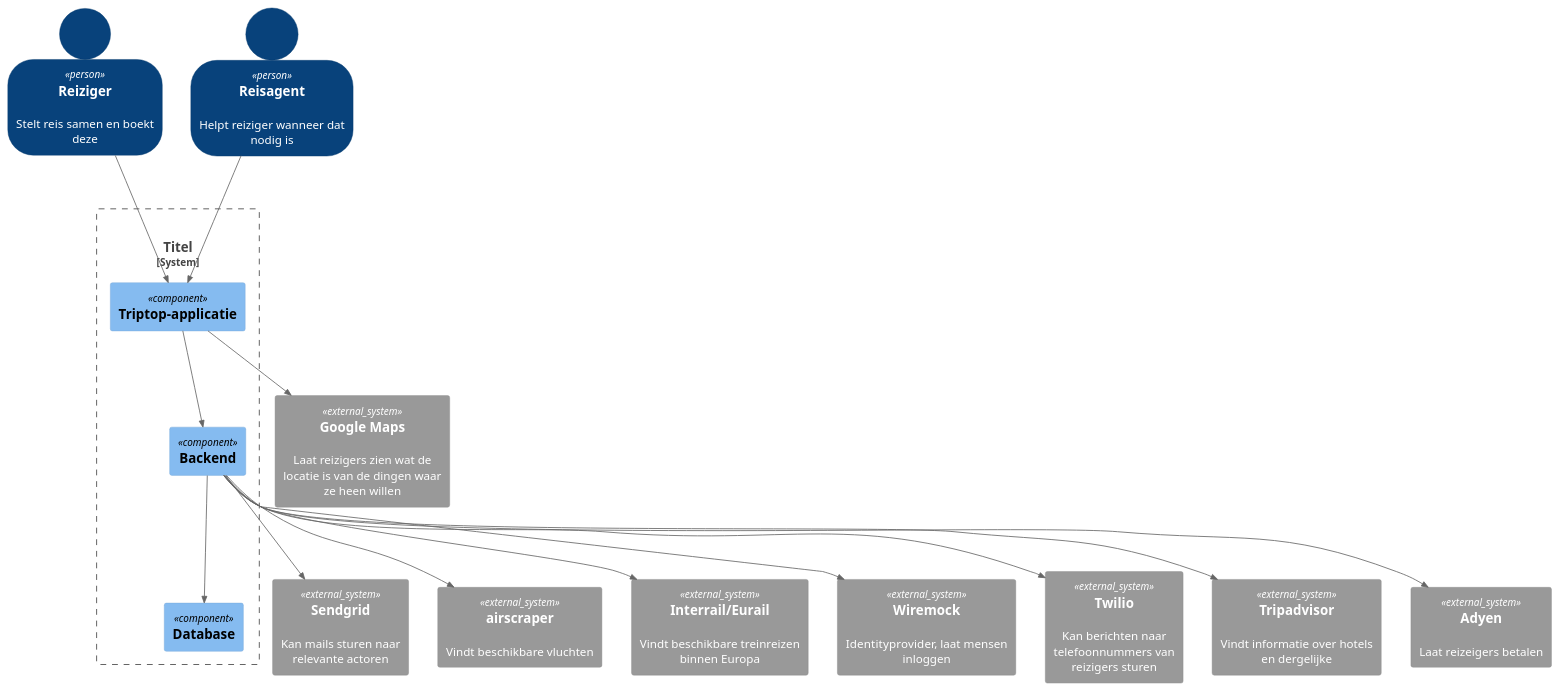
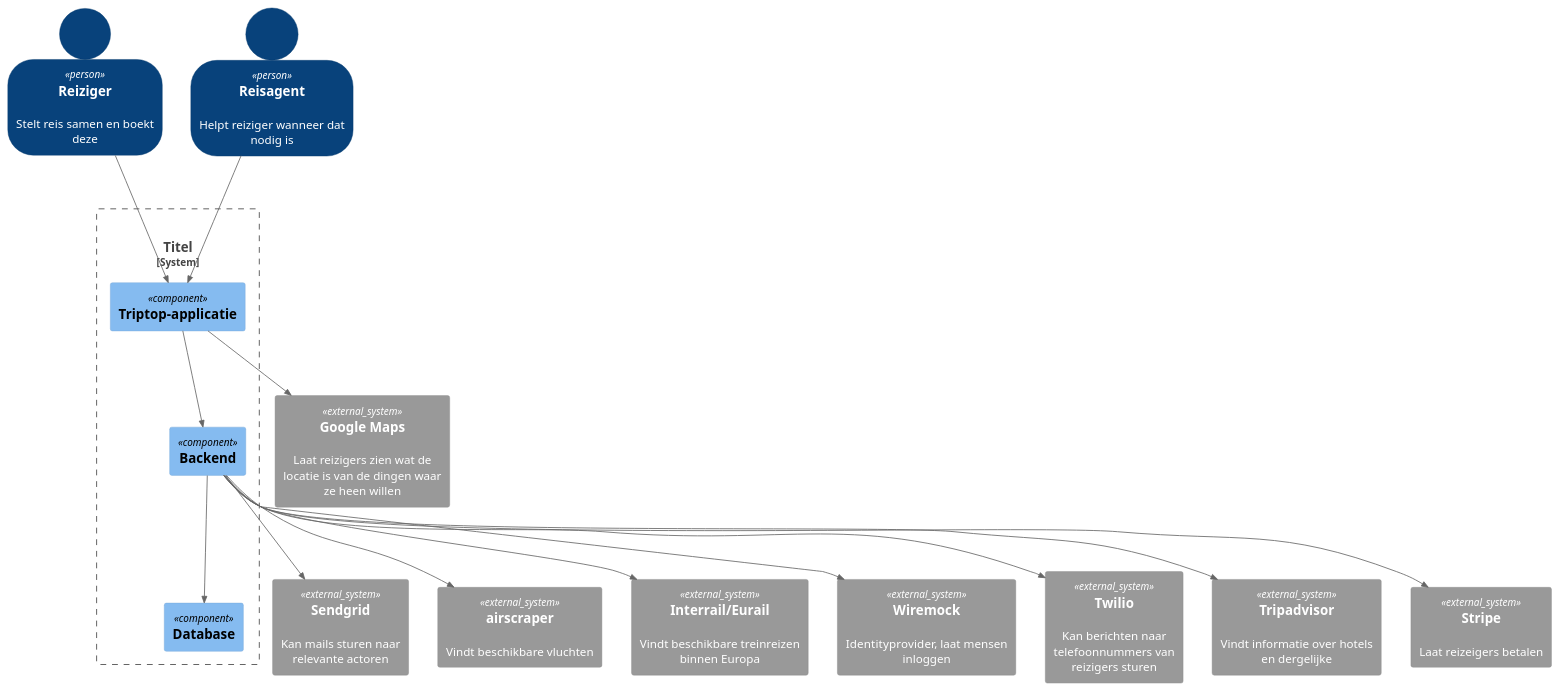
The diagram in opdracht-diagrammen/Diagrammen studenten/Week 1/container_diagram.puml (AIM-ENE-feb25/triptop-dravende-dikdiks), drawn with PlantUML before and after one commit. The commit also changed 1 other file, not shown here.

```diff
--- a/opdracht-diagrammen/Diagrammen studenten/Week 1/container_diagram.puml
+++ b/opdracht-diagrammen/Diagrammen studenten/Week 1/container_diagram.puml
@@ -1,49 +1,49 @@
 @startuml
 
 !include https://raw.githubusercontent.com/plantuml-stdlib/C4-PlantUML/master/C4_Context.puml
 !include https://raw.githubusercontent.com/plantuml-stdlib/C4-PlantUML/master/C4_Container.puml
 !include https://raw.githubusercontent.com/plantuml-stdlib/C4-PlantUML/master/C4_Component.puml
 
 SHOW_PERSON_OUTLINE()
 
 Person("r", "Reiziger", "Stelt reis samen en boekt deze")
 Person("ra", "Reisagent", "Helpt reiziger wanneer dat nodig is")
 
 
 System_Boundary("naam", "Titel"){
     Component("be", "Backend")
     Component("fe", "Triptop-applicatie")
     Component("db", "Database")
 }
 
 System_Ext("sg", "Sendgrid", "Kan mails sturen naar relevante actoren")
 System_Ext("as", "airscraper", "Vindt beschikbare vluchten")
 System_Ext("eur", "Interrail/Eurail", "Vindt beschikbare treinreizen binnen Europa")
 System_Ext("wm", "Wiremock", "Identityprovider, laat mensen inloggen")
 System_Ext("tw", "Twilio", "Kan berichten naar telefoonnummers van reizigers sturen")
 System_Ext("ta", "Tripadvisor", "Vindt informatie over hotels en dergelijke")
-System_Ext("ad", "Adyen", "Laat reizeigers betalen")
+System_Ext("ad", "Stripe", "Laat reizeigers betalen")
 System_Ext("gm", "Google Maps", "Laat reizigers zien wat de locatie is van de dingen waar ze heen willen")
 
 
 Rel("r", "fe", " ")
 Rel("ra", "fe", " ")
 Rel("fe", "be", " ")
 Rel("be", "db", " ")
 
 Rel("be", "sg", " ")
 Rel("be", "as", " ")
 Rel("be", "eur", " ")
 Rel("be", "wm", " ")
 Rel("be", "tw", " ")
 Rel("be", "ta", " ")
 Rel("be", "ad", " ")
 Rel("fe", "gm", " ")
 
 
 
 
 
 
 
 @enduml
```
